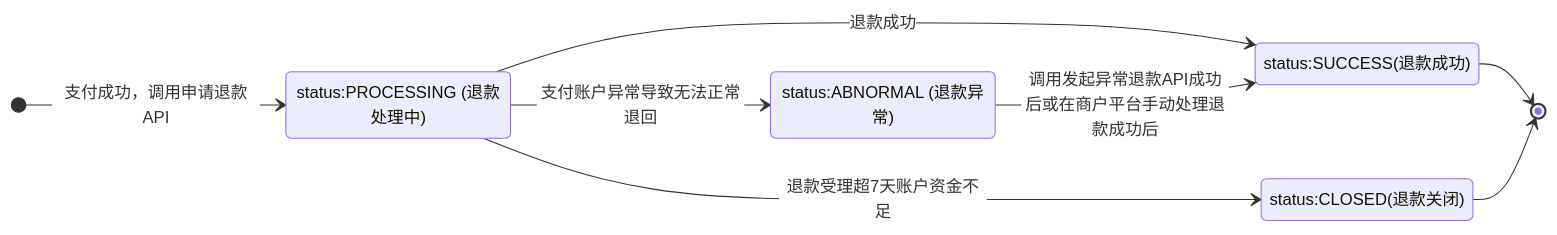
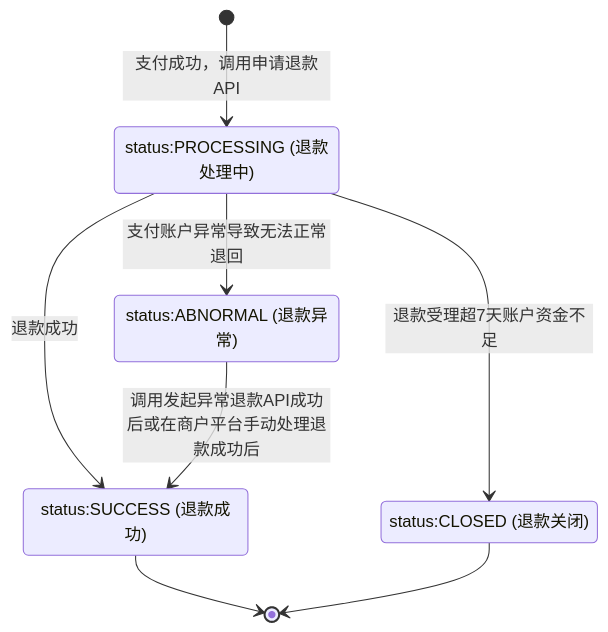
The fifth of 5 diagrams in docs/merchant/pages/4013071031.md (minibear2021/wechatpay_docs), drawn with Mermaid before and after one commit. The commit also changed other lines of this file and 7 other files, not shown here.

````diff
--- a/docs/merchant/pages/4013071031.md
+++ b/docs/merchant/pages/4013071031.md
@@ -147,17 +138,14 @@
 ```mermaid
-%%{init: {'themeVariables':{'edgeLabelBackground':'#ffffff'}}}%%
 stateDiagram-v2
-    direction LR
-    state "status:PROCESSING (退款处理中)" as S2
-    state "status:CLOSED(退款关闭)" as S3
-    state "status:SUCCESS(退款成功)" as S4
-    state "status:ABNORMAL (退款异常)" as S5
-
-    [*] --> S2: 支付成功，调用申请退款API
-    S2 --> S4: 退款成功
-    S2 --> S5: 支付账户异常导致无法正常退回
-    S2 --> S3: 退款受理超7天账户资金不足
-    S4 --> [*]
-    S5 --> S4: 调用发起异常退款API成功后或在商户平台手动处理退款成功后
-    S3 --> [*]
+  state "status:PROCESSING (退款处理中)" as S0
+  state "status:CLOSED (退款关闭)" as S1
+  state "status:SUCCESS (退款成功)" as S2
+  state "status:ABNORMAL (退款异常)" as S3
+  [*] --> S0 : 支付成功，调用申请退款API
+  S0 --> S2 : 退款成功
+  S0 --> S3 : 支付账户异常导致无法正常退回
+  S0 --> S1 : 退款受理超7天账户资金不足
+  S3 --> S2 : 调用发起异常退款API成功后或在商户平台手动处理退款成功后
+  S2 --> [*]
+  S1 --> [*]
 ```
````
